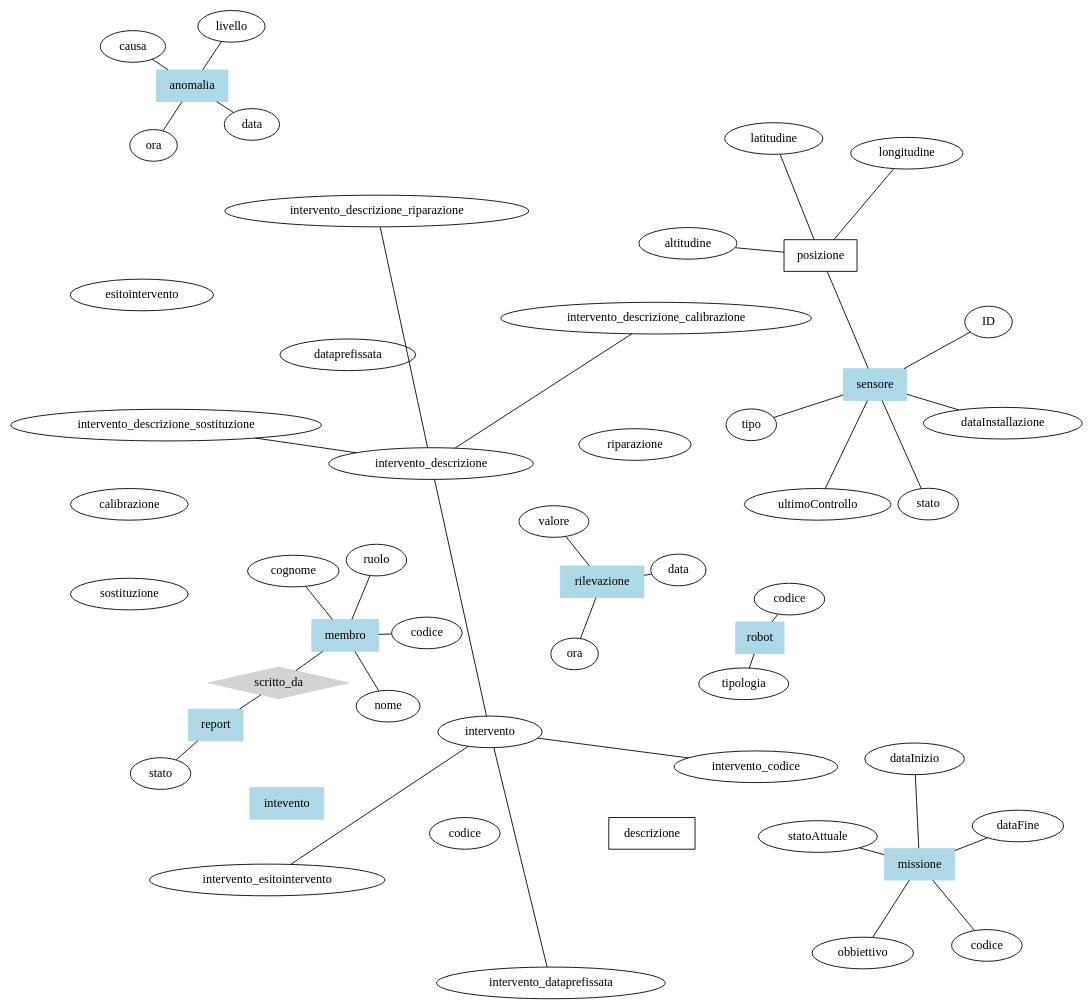
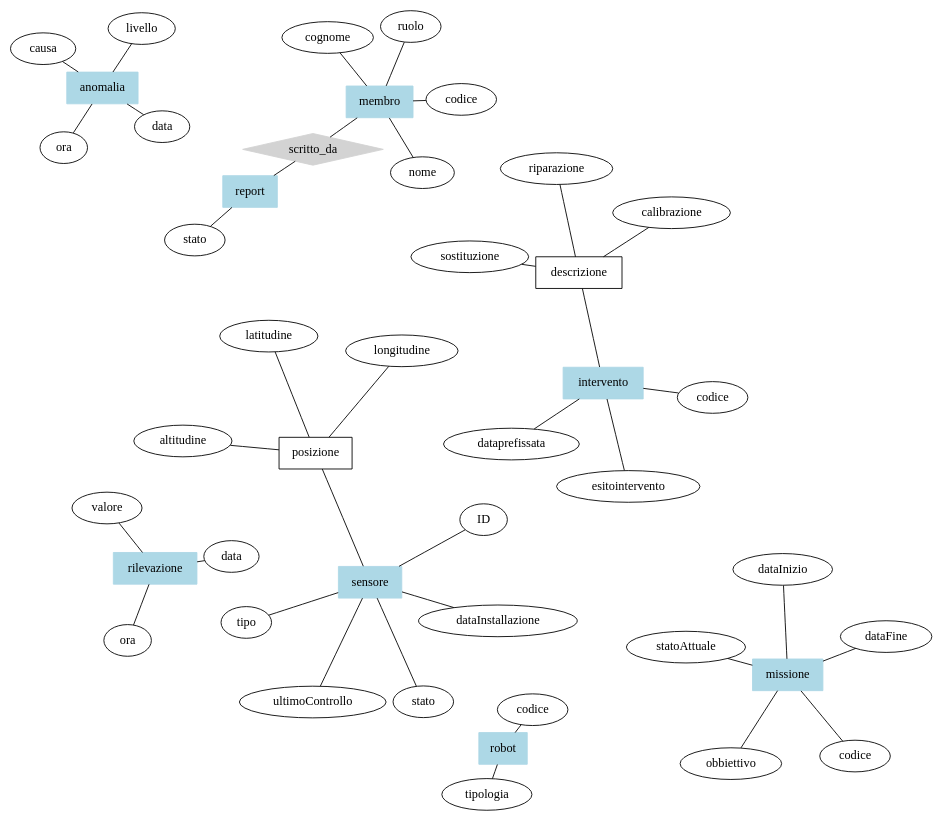
Before and after one commit to Air4x/Progetto-2024-25-DB: the diagram in Modello-ER.dot, drawn with Graphviz.

Commit message:
corretto intervento nel modello ER

```diff
--- a/Modello-ER.dot
+++ b/Modello-ER.dot
@@ -1,90 +1,90 @@
 graph ER {
     layout=neato;
     overlap=false;
     // Entità
     /// Missione
     missione[shape="box", style=filled, color="lightblue"];
     missione_codice[label="codice"];
     missione_obbiettivo[label="obbiettivo"];
     missione_statoattuale[label="statoAttuale"];
     missione_dataFine[label="dataFine"];
     missione_dataInizio[label="dataInizio"];
     missione -- missione_codice;
     missione -- missione_obbiettivo;
     missione -- missione_statoattuale;
     missione -- missione_dataFine;
     missione -- missione_dataInizio;
     /// Membri dell'Equipaggio
     membro[shape="box", style=filled, color="lightblue"];
     membro_codice[label="codice"];
     membro_nome[label="nome"];
     membro_cognome[label="cognome"];
     membro_ruolo[label="ruolo"];
     membro -- membro_codice;
     membro -- membro_nome;
     membro -- membro_cognome;
     membro -- membro_ruolo;
     /// Sensori
     sensore[shape="box", style=filled, color="lightblue"];
     sensore_ID[label="ID"];
     sensore_posizione[shape="box", label="posizione"];
     sensore_pos_latitudine[label="latitudine"];
     sensore_pos_longitudine[label="longitudine"];
     sensore_pos_altitudine[label="altitudine"];
     sensore_tipo[label="tipo"];
     sensore_dataInstallazione[label="dataInstallazione"];
     sensore_ultimoControllo[label="ultimoControllo"];
     sensore_stato[label="stato"];
     sensore -- sensore_ID;
     sensore -- sensore_posizione;
     sensore_posizione -- sensore_pos_latitudine;
     sensore_pos_longitudine -- sensore_posizione -- sensore_pos_altitudine;
     sensore -- sensore_tipo;
     sensore -- sensore_dataInstallazione;
     sensore -- sensore_ultimoControllo;
     sensore -- sensore_stato;
     /// Robot
     robot[shape="box", style=filled, color="lightblue"];
     robot_codice[label="codice"];
     robot_tipo[label="tipologia"];
     robot_codice -- robot -- robot_tipo;
     /// Rilevazione
     rilevazione[shape="box", style=filled, color="lightblue"];
     rilevazione_data[label="data"];
     rilevazione_ora[label="ora"];
     rilevazione_valore[label="valore"];
     rilevazione_data -- rilevazione -- rilevazione_ora;
     rilevazione -- rilevazione_valore;
     /// Anomalia
     anomalia[shape="box", style=filled, color="lightblue"];
     anomalia_data[label="data"];
     anomalia_ora[label="ora"];
     anomalia_causa[label="causa"];
     anomalia_livello[label="livello"];
     anomalia_data -- anomalia -- anomalia_ora;
     anomalia_causa -- anomalia -- anomalia_livello;
     /// Intervento
-    intevento[shape="box", style=filled, color="lightblue"];
-    intevento_codice[label="codice"];
-    intevento_descrizione[shape="box", label="descrizione"];
-    intevento_descrizione_riparazione[label="riparazione"];
-    intevento_descrizione_calibrazione[label="calibrazione"];
-    intevento_descrizione_sostituzione[label="sostituzione"];
-    intevento_dataprefissata[label="dataprefissata"];
-    intevento_esitointervento[label="esitointervento"];
+    intervento[shape="box", style=filled, color="lightblue"];
+    intervento_codice[label="codice"];
+    intervento_descrizione[shape="box", label="descrizione"];
+    intervento_descrizione_riparazione[label="riparazione"];
+    intervento_descrizione_calibrazione[label="calibrazione"];
+    intervento_descrizione_sostituzione[label="sostituzione"];
+    intervento_dataprefissata[label="dataprefissata"];
+    intervento_esitointervento[label="esitointervento"];
     intervento -- intervento_codice;
     intervento -- intervento_descrizione;
     intervento_descrizione_riparazione -- intervento_descrizione -- intervento_descrizione_calibrazione;
     intervento_descrizione_sostituzione -- intervento_descrizione;
     intervento -- intervento_esitointervento;
     intervento -- intervento_dataprefissata;
     /// Report
     report[shape="box", style=filled, color="lightblue"];
     report_statomissione[label="stato"];
     report -- report_statomissione;
     // Relazioni
     /// scritto da
     scritto_da[shape="diamond", style=filled, color="lightgray"];
     report -- scritto_da -- membro;
     // Varie ed Eventuali
 }
```
